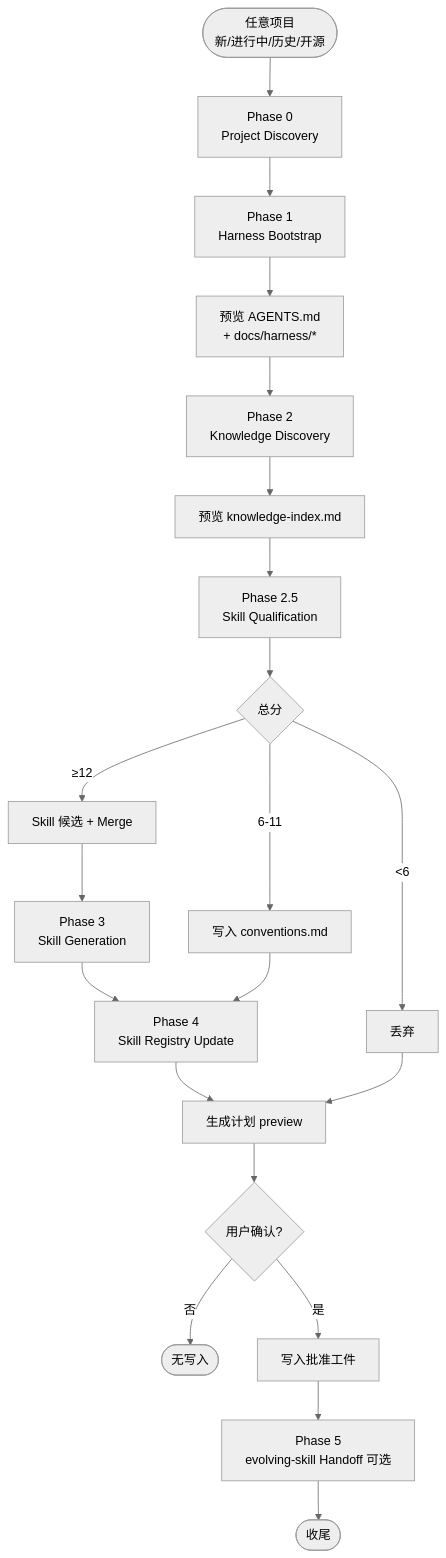
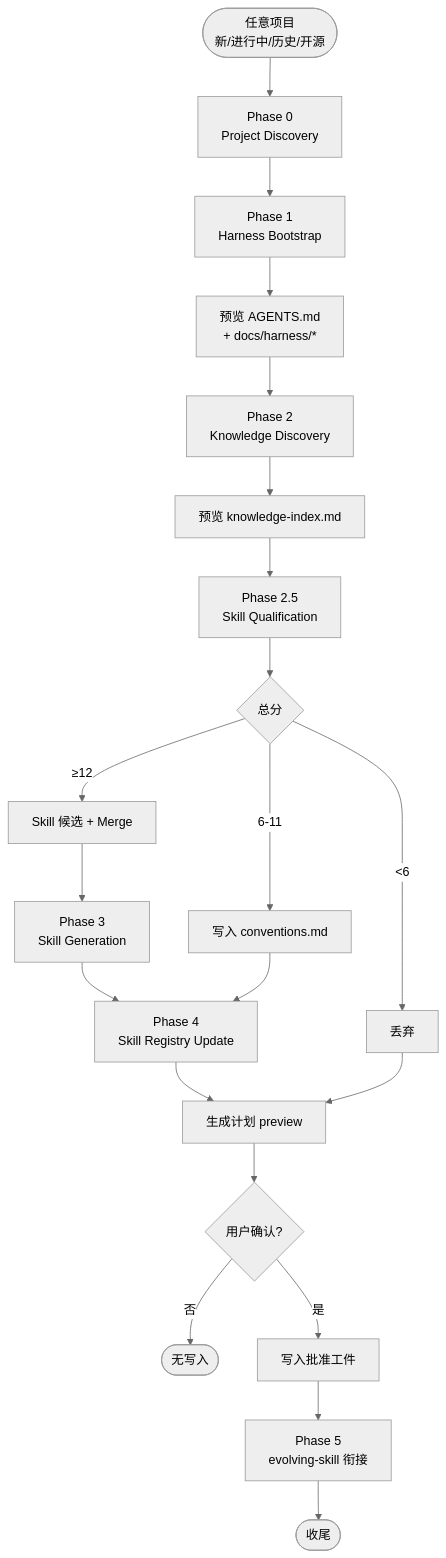
Before and after one commit to Barry04/ai-skill-repository: the first of 5 diagrams in skill/project-to-harness-skill/references/workflow.md, drawn with Mermaid (neutral theme). The commit also changed other lines of this file and 10 other files, not shown here.

````diff
--- a/skill/project-to-harness-skill/references/workflow.md
+++ b/skill/project-to-harness-skill/references/workflow.md
@@ -5,23 +5,23 @@
 ```mermaid
 flowchart TD
   Start([任意项目\n新/进行中/历史/开源]) --> P0[Phase 0\nProject Discovery]
   P0 --> P1[Phase 1\nHarness Bootstrap]
   P1 --> Docs[预览 AGENTS.md\n+ docs/harness/*]
   Docs --> P2[Phase 2\nKnowledge Discovery]
   P2 --> KIdx[预览 knowledge-index.md]
   KIdx --> P25[Phase 2.5\nSkill Qualification]
   P25 --> Score{总分}
   Score -->|≥12| Cand[Skill 候选 + Merge]
   Score -->|6-11| Conv[写入 conventions.md]
   Score -->|<6| Drop[丢弃]
   Cand --> P3[Phase 3\nSkill Generation]
   P3 --> P4[Phase 4\nSkill Registry Update]
   Conv --> P4
   P4 --> Plan[生成计划 preview]
   Drop --> Plan
   Plan --> User{用户确认?}
   User -->|否| End([无写入])
   User -->|是| Write[写入批准工件]
-  Write --> P5[Phase 5\nevolving-skill Handoff 可选]
+  Write --> P5[Phase 5\nevolving-skill 衔接]
   P5 --> End2([收尾])
 ```
````
